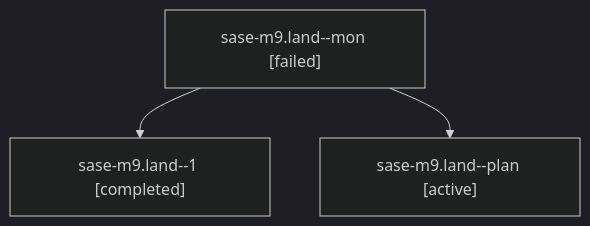
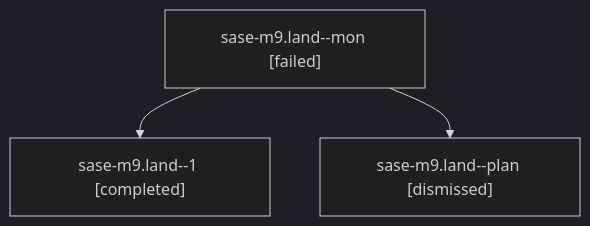
The diagram in sessions/bbugyi200.athena.sase-m9.land.md (sase-org/sase--agents), drawn with Mermaid (dark theme) before and after one commit. The commit also changed other lines of this file and 218 other files, not shown here.

````diff
--- a/sessions/bbugyi200.athena.sase-m9.land.md
+++ b/sessions/bbugyi200.athena.sase-m9.land.md
@@ -9,8 +9,8 @@
 ```mermaid
 flowchart TD
   n0["sase-m9.land--mon [failed]"]
   n1["sase-m9.land--1 [completed]"]
   n0 --> n1
-  n2["sase-m9.land--plan [active]"]
+  n2["sase-m9.land--plan [dismissed]"]
   n0 --> n2
 ```
````
